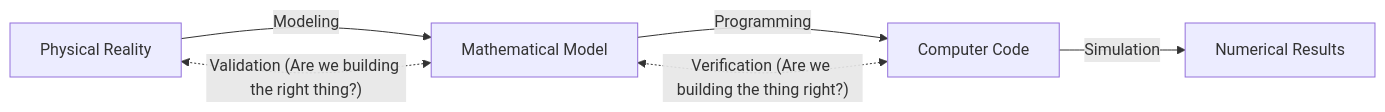
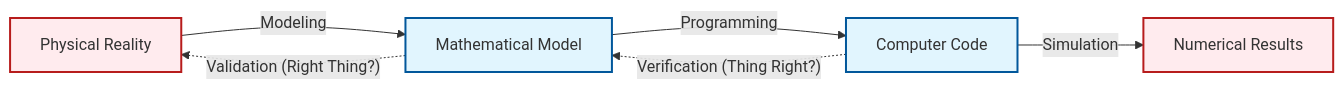
The second of 3 diagrams in MODULE_08_TESTING_VALIDATION/CONTENT/01_VERIFICATION_FUNDAMENTALS/01_Introduction.md (wramet/build-my-cfd), drawn with Mermaid before and after one commit. The commit also changed other lines of this file and 313 other files, not shown here.

Commit message:
Revise all diagram

````diff
--- a/MODULE_08_TESTING_VALIDATION/CONTENT/01_VERIFICATION_FUNDAMENTALS/01_Introduction.md
+++ b/MODULE_08_TESTING_VALIDATION/CONTENT/01_VERIFICATION_FUNDAMENTALS/01_Introduction.md
@@ -31,9 +31,10 @@
 ```mermaid
 flowchart LR
-    A[Physical Reality] -- Modeling --> B[Mathematical Model]
-    B -- Programming --> C[Computer Code]
-    C -- Simulation --> D[Numerical Results]
-
-    B <-. "Validation (Are we building the right thing?)" .-> A
-    C <-. "Verification (Are we building the thing right?)" .-> B
+classDef implicit fill:#e1f5fe,stroke:#01579b,stroke-width:2px
+classDef explicit fill:#ffebee,stroke:#b71c1c,stroke-width:2px
+A[Physical Reality]:::explicit -- Modeling --> B[Mathematical Model]:::implicit
+B -- Programming --> C[Computer Code]:::implicit
+C -- Simulation --> D[Numerical Results]:::explicit
+B -. "Validation (Right Thing?)" .-> A
+C -. "Verification (Thing Right?)" .-> B
 ```
````
